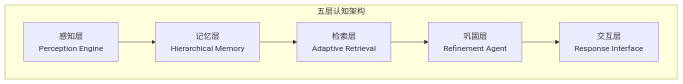
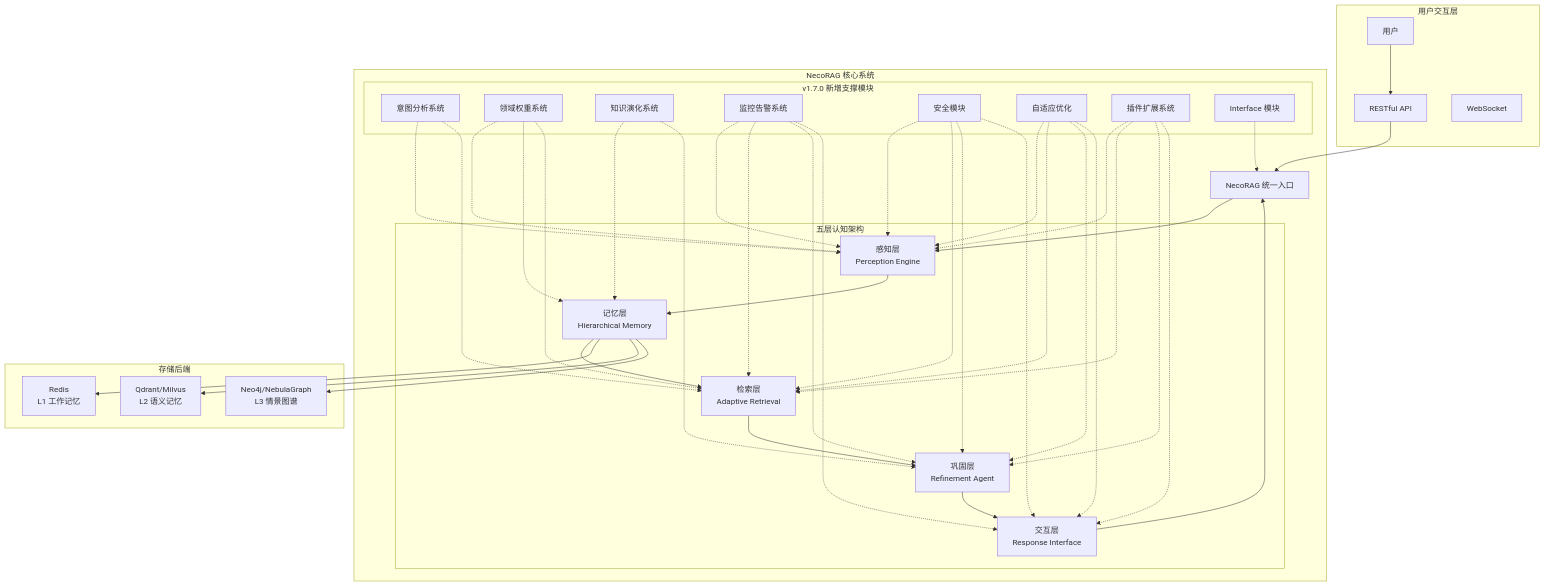
Before and after one commit to JieGaoPrinceton/NecoRAG: the first of 10 diagrams in .qoder/repowiki/zh/content/项目概述/项目概述.md, drawn with Mermaid. The commit also changed other lines of this file and 181 other files, not shown here.

````diff
--- a/.qoder/repowiki/zh/content/项目概述/项目概述.md
+++ b/.qoder/repowiki/zh/content/项目概述/项目概述.md
@@ -101,9 +75,46 @@
 ```mermaid
 graph TB
+subgraph "用户交互层"
+U["用户"]
+API["RESTful API"]
+WS["WebSocket"]
+end
+subgraph "NecoRAG 核心系统"
+NR["NecoRAG 统一入口"]
 subgraph "五层认知架构"
-P["感知层<br/>Perception Engine"] --> M["记忆层<br/>Hierarchical Memory"]
-M --> R["检索层<br/>Adaptive Retrieval"]
-R --> C["巩固层<br/>Refinement Agent"]
-C --> I["交互层<br/>Response Interface"]
+L1["感知层<br/>Perception Engine"]
+L2["记忆层<br/>Hierarchical Memory"]
+L3["检索层<br/>Adaptive Retrieval"]
+L4["巩固层<br/>Refinement Agent"]
+L5["交互层<br/>Response Interface"]
 end
+subgraph "v1.7.0 新增支撑模块"
+INT["意图分析系统"]
+DOM["领域权重系统"]
+KE["知识演化系统"]
+MON["监控告警系统"]
+SEC["安全模块"]
+ADP["自适应优化"]
+PLG["插件扩展系统"]
+IFACE["Interface 模块"]
+end
+end
+subgraph "存储后端"
+RDS["Redis<br/>L1 工作记忆"]
+QDR["Qdrant/Milvus<br/>L2 语义记忆"]
+NEO["Neo4j/NebulaGraph<br/>L3 情景图谱"]
+end
+U --> API
+API --> NR
+NR --> L1 --> L2 --> L3 --> L4 --> L5
+L5 --> NR
+INT -.-> L1 & L3
+DOM -.-> L1 & L2 & L3
+KE -.-> L2 & L4
+MON -.-> L1 & L3 & L4 & L5
+SEC -.-> L1 & L3 & L4 & L5
+ADP -.-> L1 & L3 & L4 & L5
+PLG -.-> L1 & L3 & L4 & L5
+IFACE -.-> NR
+L2 --> RDS & QDR & NEO
 ```
````
